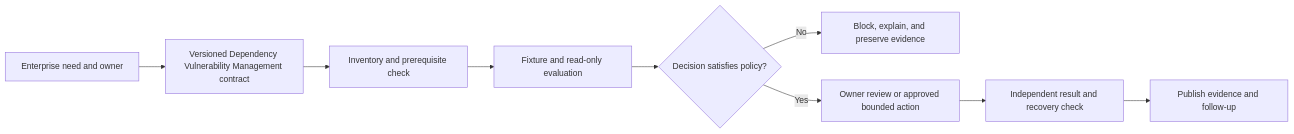
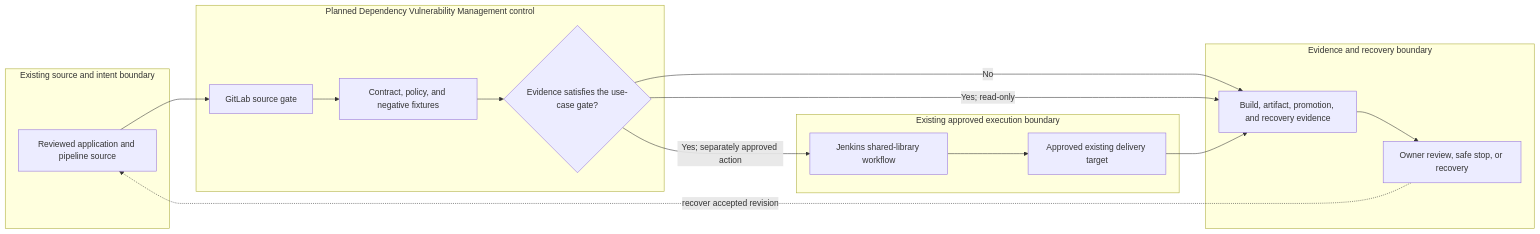
Before and after one commit to MIDHTECH/enterprise-architecture-docs: the diagram in docs/use-cases/devsecops/UC-CICD-013-dependency-vulnerability-management.md, drawn with Mermaid. The commit also changed other lines of this file and 227 other files, not shown here.

Commit message:
Deepen architecture for all use case designs

````diff
--- a/docs/use-cases/devsecops/UC-CICD-013-dependency-vulnerability-management.md
+++ b/docs/use-cases/devsecops/UC-CICD-013-dependency-vulnerability-management.md
@@ -136,11 +129,25 @@
 ```mermaid
 flowchart LR
-    Need["Enterprise need and owner"] --> Contract["Versioned Dependency Vulnerability Management contract"]
-    Contract --> Preflight["Inventory and prerequisite check"]
-    Preflight --> Evaluate["Fixture and read-only evaluation"]
-    Evaluate --> Decision{"Decision satisfies policy?"}
-    Decision -->|No| Stop["Block, explain, and preserve evidence"]
-    Decision -->|Yes| Review["Owner review or approved bounded action"]
-    Review --> Verify["Independent result and recovery check"]
-    Verify --> Publish["Publish evidence and follow-up"]
+    subgraph Source["Existing source and intent boundary"]
+        A["Reviewed application and pipeline source"]
+    end
+    subgraph Planned["Planned Dependency Vulnerability Management control"]
+        B["GitLab source gate"]
+        C["Contract, policy, and negative fixtures"]
+        D{"Evidence satisfies the use-case gate?"}
+    end
+    subgraph Runtime["Existing approved execution boundary"]
+        E["Jenkins shared-library workflow"]
+        F["Approved existing delivery target"]
+    end
+    subgraph Assurance["Evidence and recovery boundary"]
+        G["Build, artifact, promotion, and recovery evidence"]
+        H["Owner review, safe stop, or recovery"]
+    end
+
+    A --> B --> C --> D
+    D -->|No| G --> H
+    D -->|Yes; read-only| G
+    D -->|Yes; separately approved action| E --> F --> G
+    H -. recover accepted revision .-> A
 ```
````
